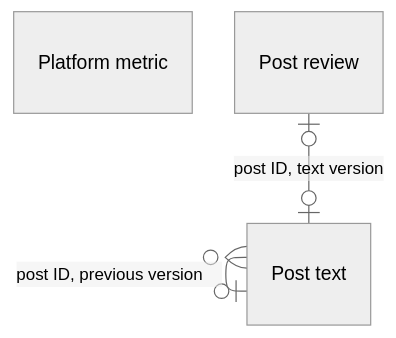
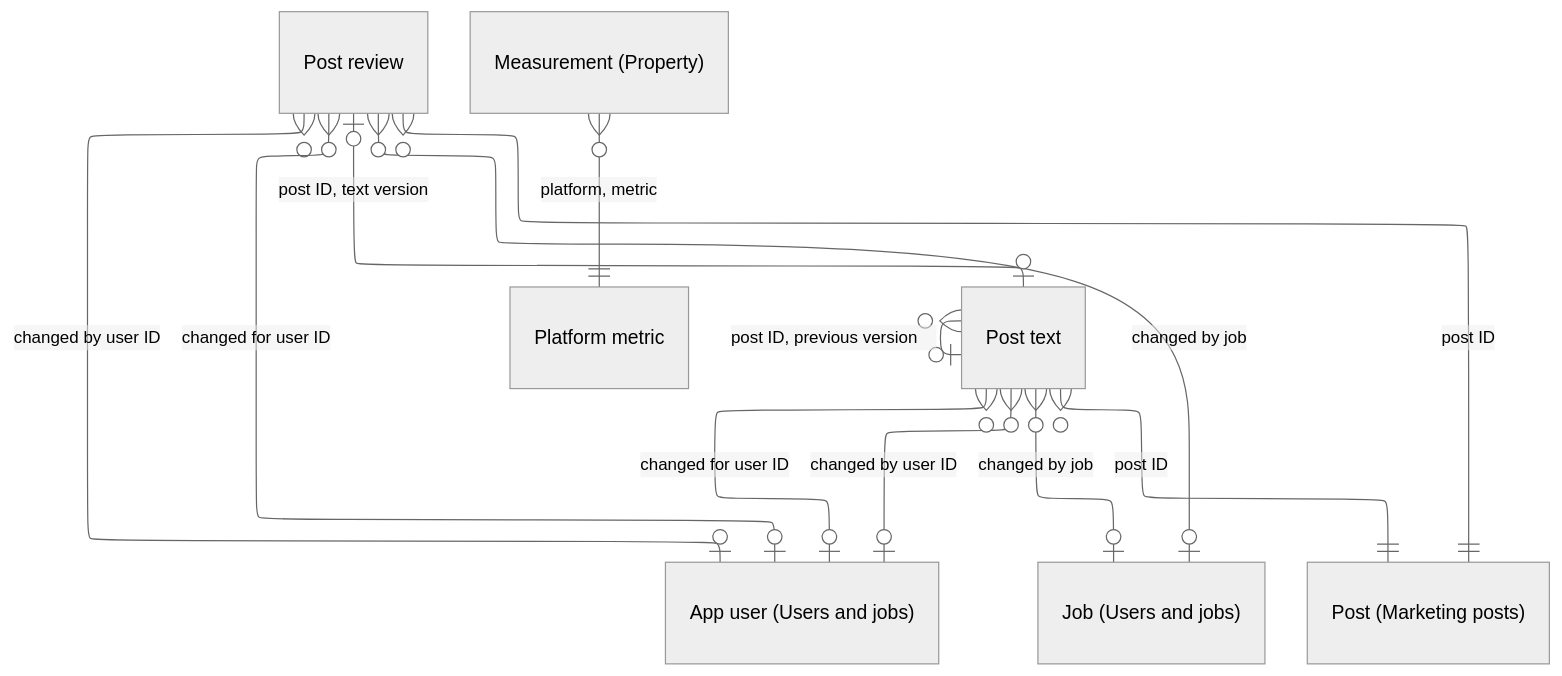
The diagram in docs/database/tables/viewpoint-marketing-review.md (DoctorCRE/doctorcre-engine), drawn with Mermaid (neutral theme) before and after one commit. The commit also changed other lines of this file and 27 other files, not shown here.

````diff
--- a/docs/database/tables/viewpoint-marketing-review.md
+++ b/docs/database/tables/viewpoint-marketing-review.md
@@ -3,15 +3,24 @@
 ```mermaid
 ---
 config:
   layout: elk
   er:
     nodeSpacing: 22
     rankSpacing: 44
 ---
 erDiagram
   "Platform metric"
   "Post review"
   "Post text"
+  "Measurement (Property)" }o--|| "Platform metric" : "platform, metric"
+  "Post review" }o--o| "App user (Users and jobs)" : "changed by user ID"
+  "Post review" }o--o| "App user (Users and jobs)" : "changed for user ID"
+  "Post review" }o--o| "Job (Users and jobs)" : "changed by job"
+  "Post review" }o--|| "Post (Marketing posts)" : "post ID"
   "Post review" |o--o| "Post text" : "post ID, text version"
+  "Post text" }o--o| "App user (Users and jobs)" : "changed by user ID"
+  "Post text" }o--o| "App user (Users and jobs)" : "changed for user ID"
+  "Post text" }o--o| "Job (Users and jobs)" : "changed by job"
+  "Post text" }o--|| "Post (Marketing posts)" : "post ID"
   "Post text" }o--o| "Post text" : "post ID, previous version#160;#160;#160;#160;"
 ```
````
